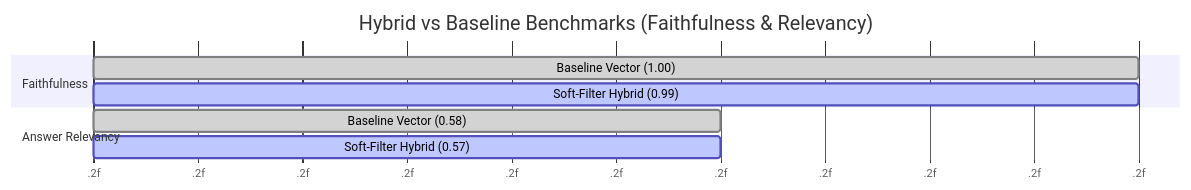
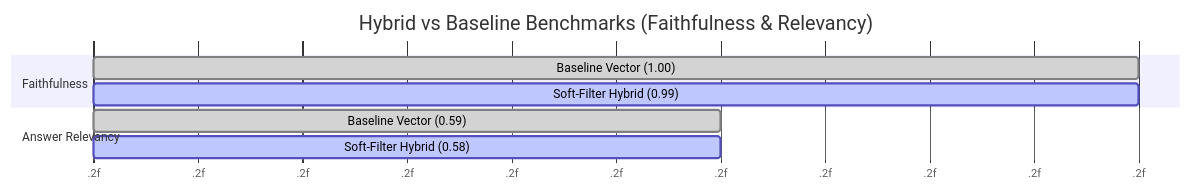
Before and after one commit to dvydinh/domain-specific-multimodal-RAG-system: the second of 2 diagrams in README.md, drawn with Mermaid. The commit also changed other lines of this file and 1 other file, not shown here.

Commit message:
refactor(eval): revert baseline, add CSV evidence and setup guide

````diff
--- a/README.md
+++ b/README.md
@@ -103,14 +113,14 @@
 ```mermaid
 gantt
     title Hybrid vs Baseline Benchmarks (Faithfulness & Relevancy)
     dateFormat  YYYY-MM-DD
     axisFormat  %.2f
     
     section Faithfulness
     Baseline Vector (1.00) :done, 2026-01-01, 10d
     Soft-Filter Hybrid (0.99) :active, 2026-01-01, 9.92d
     
     section Answer Relevancy
-    Baseline Vector (0.58) :done, 2026-01-01, 5.8d
-    Soft-Filter Hybrid (0.57):active, 2026-01-01, 5.7d
+    Baseline Vector (0.59) :done, 2026-01-01, 5.88d
+    Soft-Filter Hybrid (0.58):active, 2026-01-01, 5.78d
 ```
````
